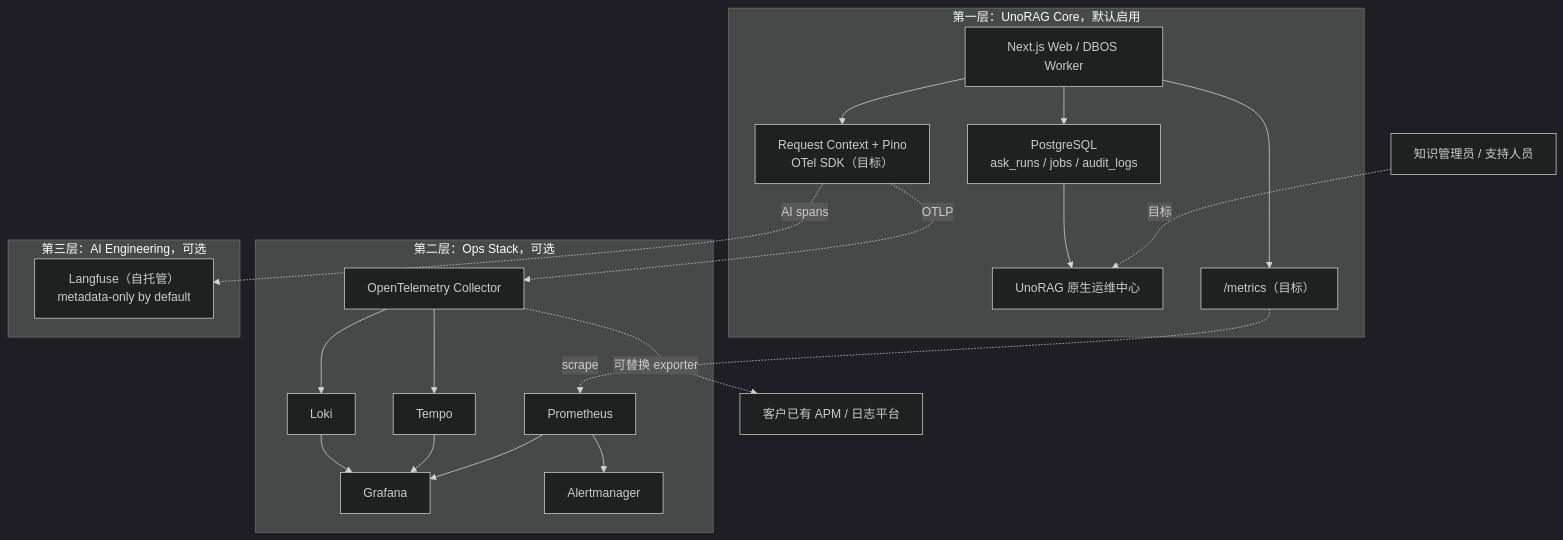
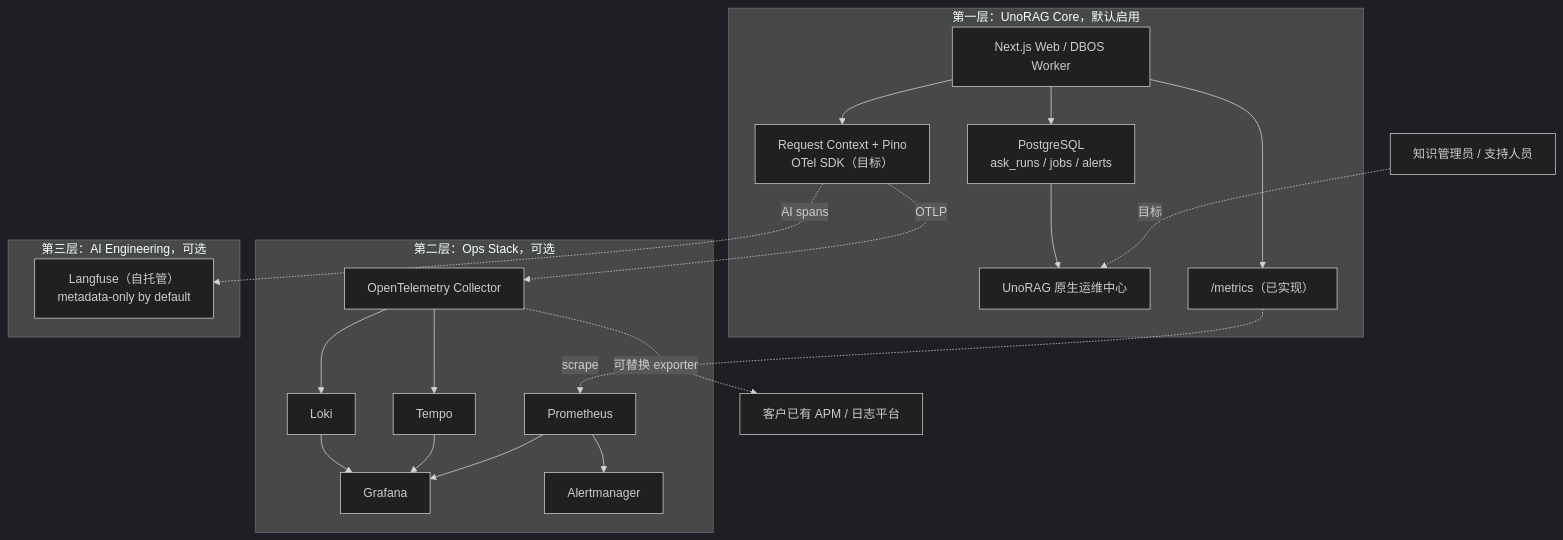
The diagram in docs/design/observability.md (codexlin/UnoRAG), drawn with Mermaid (dark theme) before and after one commit. The commit also changed other lines of this file and 32 other files, not shown here.

````diff
--- a/docs/design/observability.md
+++ b/docs/design/observability.md
@@ -48,39 +50,39 @@
 ```mermaid
 flowchart TB
     User["知识管理员 / 支持人员"] -. "目标" .-> Native["UnoRAG 原生运维中心"]
 
     subgraph Core["第一层：UnoRAG Core，默认启用"]
         App["Next.js Web / DBOS Worker"]
         Context["Request Context + Pino\nOTel SDK（目标）"]
-        DB["PostgreSQL\nask_runs / jobs / audit_logs"]
-        Metrics["/metrics（目标）"]
+        DB["PostgreSQL\nask_runs / jobs / alerts"]
+        Metrics["/metrics（已实现）"]
         App --> Context
         App --> DB
         App --> Metrics
         DB --> Native
     end
 
     subgraph Ops["第二层：Ops Stack，可选"]
         Collector["OpenTelemetry Collector"]
         Prom["Prometheus"]
         Grafana["Grafana"]
         Tempo["Tempo"]
         Loki["Loki"]
         Alerts["Alertmanager"]
         Collector --> Tempo
         Collector --> Loki
         Prom --> Grafana
         Tempo --> Grafana
         Loki --> Grafana
         Prom --> Alerts
     end
 
     subgraph AI["第三层：AI Engineering，可选"]
         Langfuse["Langfuse（自托管）\nmetadata-only by default"]
     end
 
     Context -. "OTLP" .-> Collector
     Metrics -. "scrape" .-> Prom
     Context -. "AI spans" .-> Langfuse
     Collector -. "可替换 exporter" .-> Existing["客户已有 APM / 日志平台"]
 ```
````
